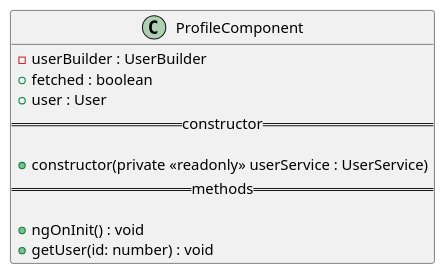
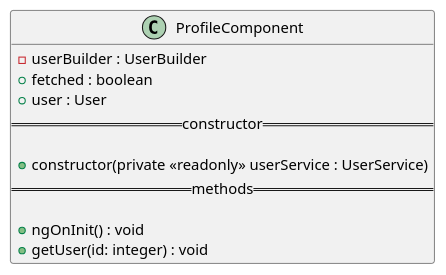
The diagram in docs/diagrams/view/routes/ProfileComponent.pu (GruppOne/stalker-web-app), drawn with PlantUML before and after one commit. The commit also changed 22 other files, not shown here.

Commit message:
docs: improve class diagrams, add allegato tecnico structure

```diff
--- a/docs/diagrams/view/routes/ProfileComponent.pu
+++ b/docs/diagrams/view/routes/ProfileComponent.pu
@@ -1,14 +1,14 @@
 @startuml ProfileComponent diagram
 class ProfileComponent {
   - userBuilder : UserBuilder
   + fetched : boolean
   + user : User
   ==constructor==
 
   + constructor(private <<readonly>> userService : UserService)
   ==methods==
 
   + ngOnInit() : void
-  + getUser(id: number) : void
+  + getUser(id: integer) : void
 }
 @enduml
```
